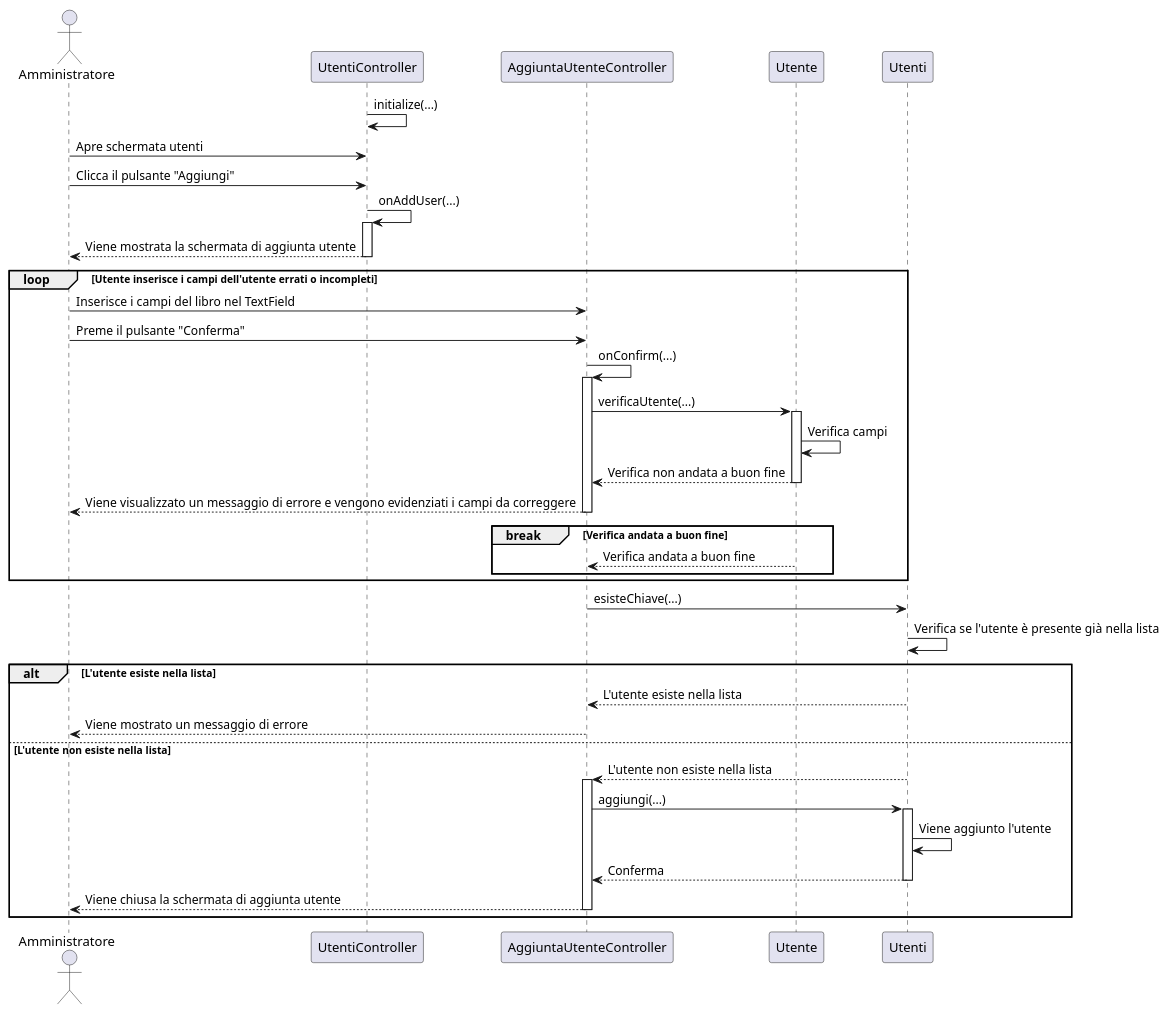
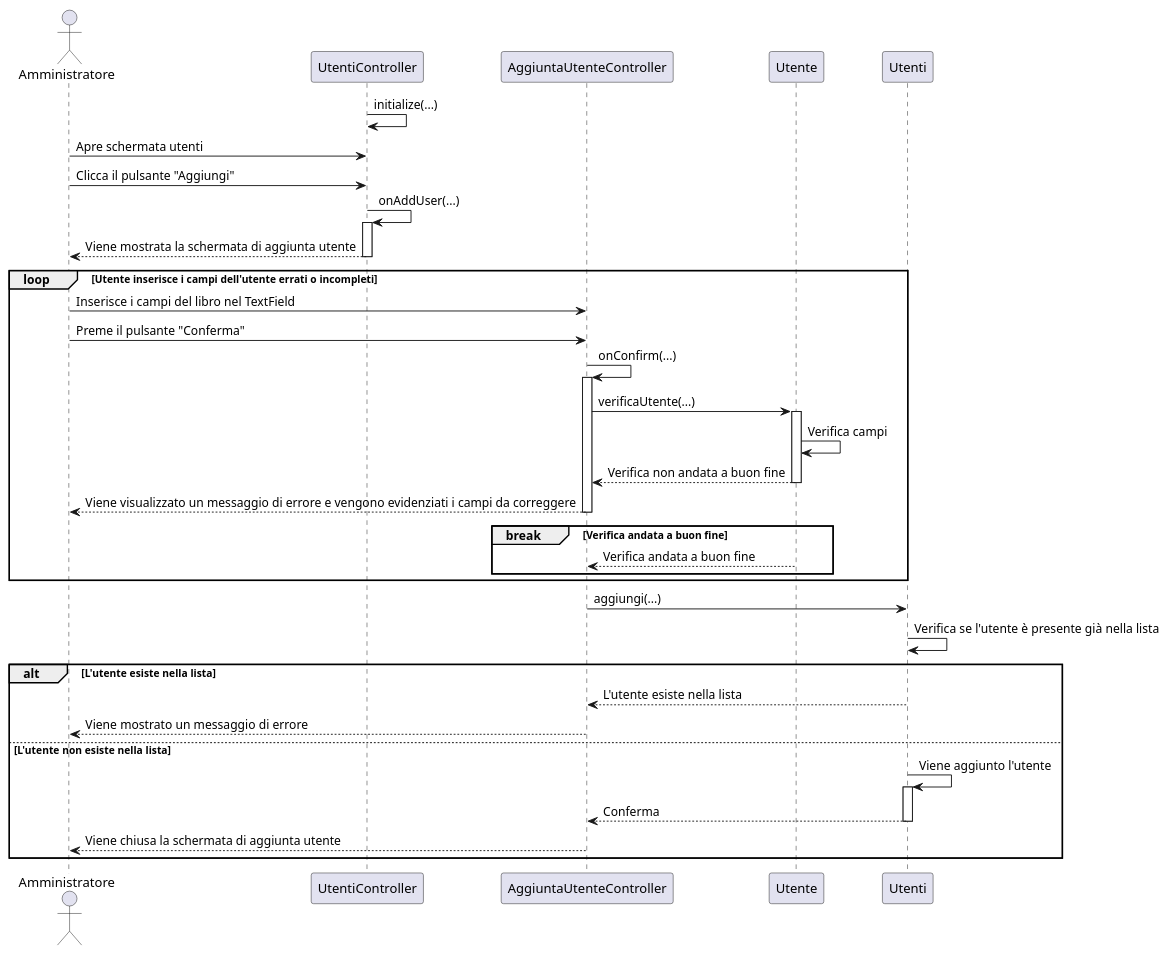
Before and after one commit to TitanVoid/ProgSE-Biblioteca: the diagram in documents/DiagrammiUML/DiagrammiDiSequenza/diagrammaC7InserisciUtente.puml, drawn with PlantUML. The commit also changed 13 other files, not shown here.

Commit message:
aggiornamento diagrammi

```diff
--- a/documents/DiagrammiUML/DiagrammiDiSequenza/diagrammaC7InserisciUtente.puml
+++ b/documents/DiagrammiUML/DiagrammiDiSequenza/diagrammaC7InserisciUtente.puml
@@ -1,60 +1,55 @@
 @startuml
 
 	actor Amministratore as a
 	participant UtentiController as cvu
 	participant AggiuntaUtenteController as auc
 	participant Utente as u
 	participant Utenti as gu
 
 	cvu->cvu: initialize(...)
 	a->cvu: Apre schermata utenti
 	a->cvu: Clicca il pulsante "Aggiungi"
 
 	cvu->cvu: onAddUser(...)
 	activate cvu
 		cvu --> "a": Viene mostrata la schermata di aggiunta utente
 	deactivate cvu
 
 	'Flusso alternativo
 	loop Utente inserisce i campi dell'utente errati o incompleti
 		a->auc: Inserisce i campi del libro nel TextField
 		a->auc: Preme il pulsante "Conferma"
 		auc->auc: onConfirm(...)
 		activate auc
 			auc-> u: verificaUtente(...)
 			activate u
 				u -> u: Verifica campi
 				u --> auc: Verifica non andata a buon fine
 				deactivate u
 				auc-->a: Viene visualizzato un messaggio di errore e vengono evidenziati i campi da correggere
 			deactivate auc
 		
 		'Condizione di uscita dal loop
 		break Verifica andata a buon fine
 			u --> auc: Verifica andata a buon fine
 		end
 	end
 
-	auc -> gu: esisteChiave(...)
+	auc -> gu: aggiungi(...)
 		 
 			gu -> gu: Verifica se l'utente è presente già nella lista
 		
 
 	'Non è possibile inserire due utenti uguali quindi ne si verifica l'univocità
 	alt L'utente esiste nella lista		
 		gu-->auc: L'utente esiste nella lista
 		auc-->a: Viene mostrato un messaggio di errore	
 	else L'utente non esiste nella lista
-		gu --> auc: L'utente non esiste nella lista
-		activate auc
-			auc->gu: aggiungi(...)
-			activate gu
-				gu->gu: Viene aggiunto l'utente
+			gu->gu: Viene aggiunto l'utente
+				activate gu
 				gu --> auc: Conferma
-				deactivate gu
+			deactivate gu
 				auc-->a: Viene chiusa la schermata di aggiunta utente
-		deactivate auc
-		
 	end
 
 @enduml
```
